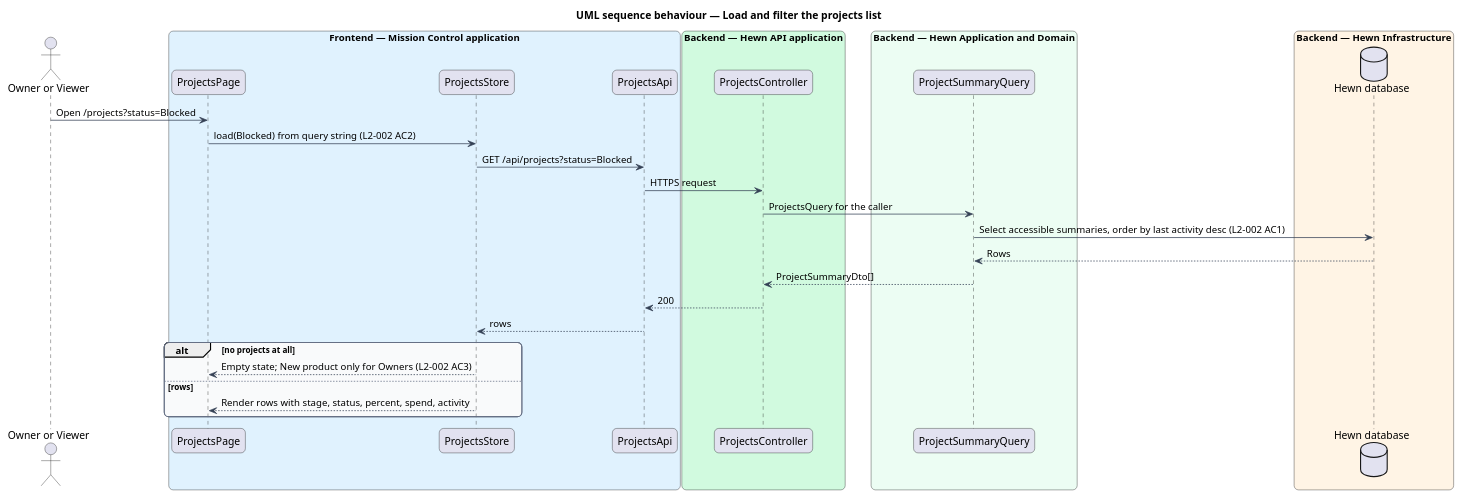
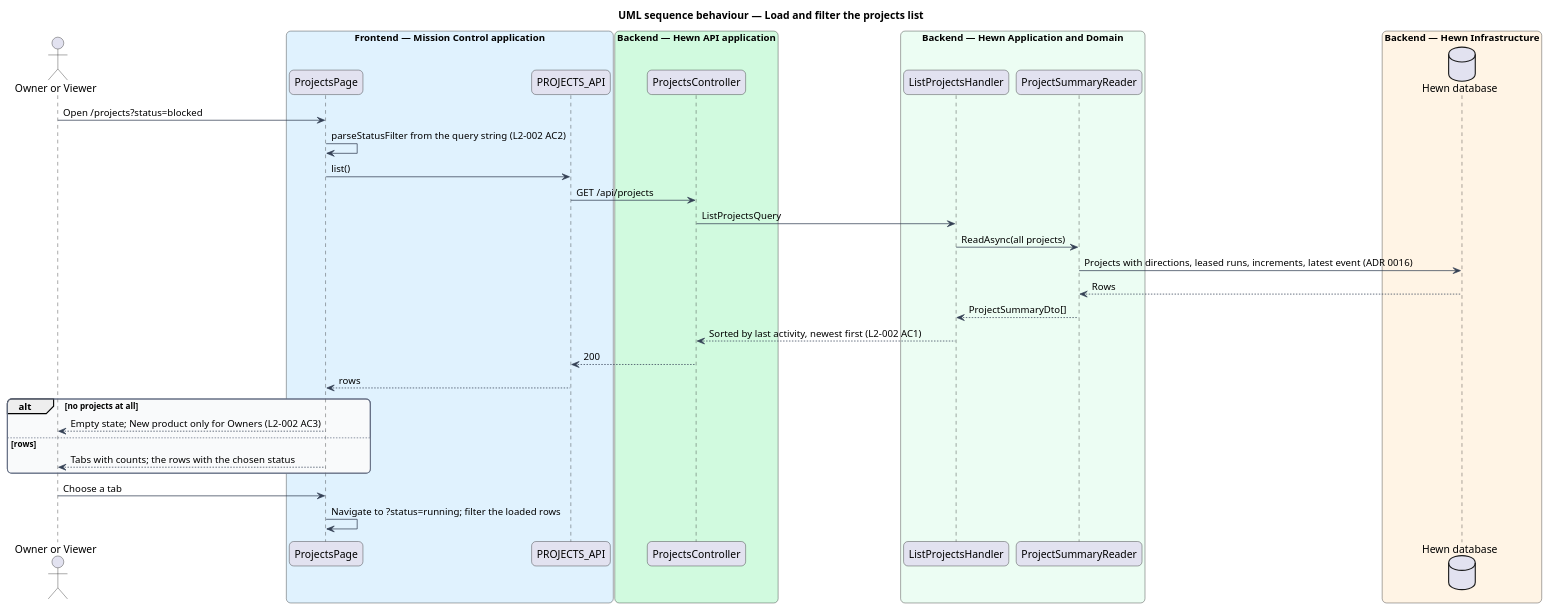
Before and after one commit to QuinntyneBrown/hewn: the diagram in docs/detailed-designs/projects/projects-list/diagrams/sequence-load-and-filter.puml, drawn with PlantUML. The commit also changed 64 other files, not shown here.

```diff
--- a/docs/detailed-designs/projects/projects-list/diagrams/sequence-load-and-filter.puml
+++ b/docs/detailed-designs/projects/projects-list/diagrams/sequence-load-and-filter.puml
@@ -1,48 +1,52 @@
 @startuml
 title UML sequence behaviour — Load and filter the projects list
 skinparam backgroundColor #FFFFFF
 skinparam shadowing false
 skinparam roundcorner 12
 skinparam defaultFontName Arial
 skinparam ArrowColor #344054
 skinparam rectangle {
   BorderColor #344054
   FontColor #101828
 }
 skinparam package {
   BorderColor #667085
   FontColor #101828
   BackgroundColor #F9FAFB
 }
 skinparam sequenceMessageAlign left
 actor "Owner or Viewer" as user
 box "Frontend — Mission Control application" #E0F2FE
   participant "ProjectsPage" as page
-  participant "ProjectsStore" as store
-  participant "ProjectsApi" as client
+  participant "PROJECTS_API" as client
 end box
 box "Backend — Hewn API application" #D1FADF
   participant "ProjectsController" as ctrl
 end box
 box "Backend — Hewn Application and Domain" #ECFDF3
-  participant "ProjectSummaryQuery" as query
+  participant "ListProjectsHandler" as handler
+  participant "ProjectSummaryReader" as reader
 end box
 box "Backend — Hewn Infrastructure" #FFF4E5
   database "Hewn database" as db
 end box
-user -> page : Open /projects?status=Blocked
-page -> store : load(Blocked) from query string (L2-002 AC2)
-store -> client : GET /api/projects?status=Blocked
-client -> ctrl : HTTPS request
-ctrl -> query : ProjectsQuery for the caller
-query -> db : Select accessible summaries, order by last activity desc (L2-002 AC1)
-db --> query : Rows
-query --> ctrl : ProjectSummaryDto[]
+user -> page : Open /projects?status=blocked
+page -> page : parseStatusFilter from the query string (L2-002 AC2)
+page -> client : list()
+client -> ctrl : GET /api/projects
+ctrl -> handler : ListProjectsQuery
+handler -> reader : ReadAsync(all projects)
+reader -> db : Projects with directions, leased runs, increments, latest event (ADR 0016)
+db --> reader : Rows
+reader --> handler : ProjectSummaryDto[]
+handler --> ctrl : Sorted by last activity, newest first (L2-002 AC1)
 ctrl --> client : 200
-client --> store : rows
+client --> page : rows
 alt no projects at all
-  store --> page : Empty state; New product only for Owners (L2-002 AC3)
+  page --> user : Empty state; New product only for Owners (L2-002 AC3)
 else rows
-  store --> page : Render rows with stage, status, percent, spend, activity
+  page --> user : Tabs with counts; the rows with the chosen status
 end
+user -> page : Choose a tab
+page -> page : Navigate to ?status=running; filter the loaded rows
 @enduml
```
